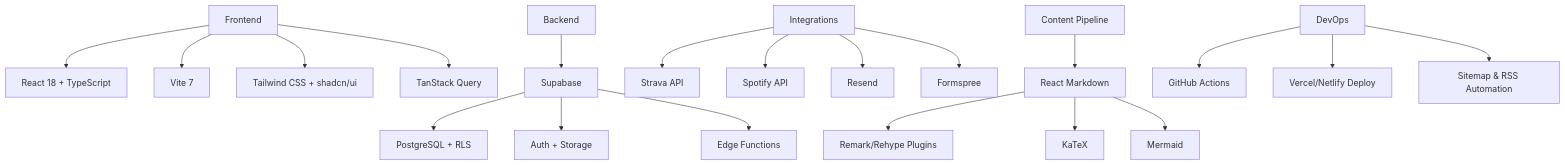
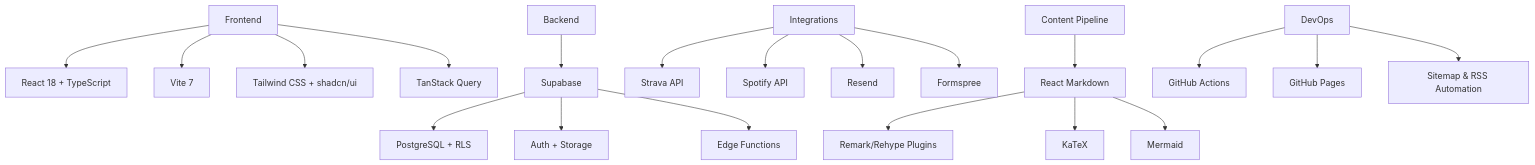
Before and after one commit to imaddde867/imadlab: the diagram in README.md, drawn with Mermaid. The commit also changed 12 other files, not shown here.

````diff
--- a/README.md
+++ b/README.md
@@ -37,26 +37,26 @@
 ```mermaid
 graph TD
     A[Frontend] --> B[React 18 + TypeScript]
     A --> C[Vite 7]
     A --> D[Tailwind CSS + shadcn/ui]
     A --> E[TanStack Query]
     
     F[Backend] --> G[Supabase]
     G --> H[PostgreSQL + RLS]
     G --> I[Auth + Storage]
     G --> J[Edge Functions]
     
     K[Integrations] --> L[Strava API]
     K --> M[Spotify API]
     K --> N[Resend]
     K --> O[Formspree]
     
     P[Content Pipeline] --> Q[React Markdown]
     Q --> R[Remark/Rehype Plugins]
     Q --> S[KaTeX]
     Q --> T[Mermaid]
     
     U[DevOps] --> V[GitHub Actions]
-    U --> W[Vercel/Netlify Deploy]
+    U --> W[GitHub Pages]
     U --> X[Sitemap & RSS Automation]
 ```
````
